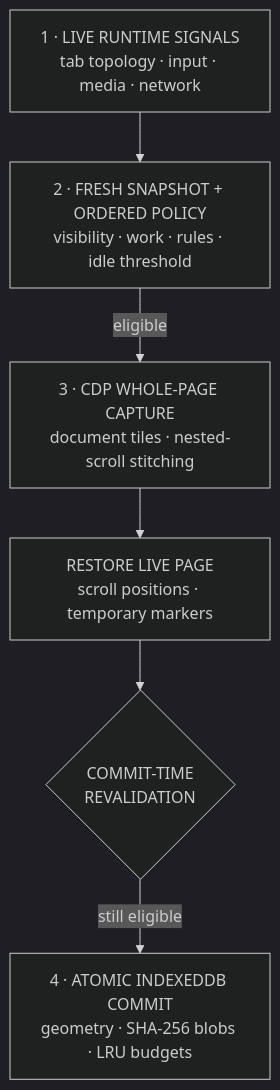
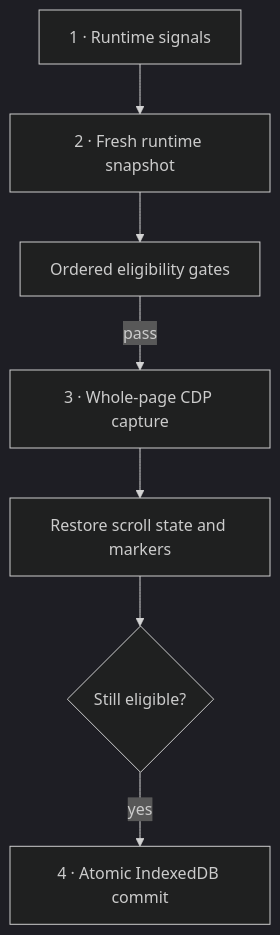
One commit to ElijahUmana/tab-sleep changed the first of 3 diagrams in README.md. Above: the diagram before and after it, drawn with Mermaid (dark theme). The commit also changed other lines of this file, not shown here.

First line of the commit message:
docs: eliminate Mermaid label clipping

````diff
--- a/README.md
+++ b/README.md
@@ -13,15 +13,17 @@
 ```mermaid
 flowchart TB
-  Signals["1 · LIVE RUNTIME SIGNALS<br/>tab topology · input · media · network"]
-  Decision["2 · FRESH SNAPSHOT + ORDERED POLICY<br/>visibility · work · rules · idle threshold"]
-  Capture["3 · CDP WHOLE-PAGE CAPTURE<br/>document tiles · nested-scroll stitching"]
-  Restore["RESTORE LIVE PAGE<br/>scroll positions · temporary markers"]
-  Gate{"COMMIT-TIME<br/>REVALIDATION"}
-  Commit["4 · ATOMIC INDEXEDDB COMMIT<br/>geometry · SHA-256 blobs · LRU budgets"]
+  Signals["1 · Runtime signals"]
+  Snapshot["2 · Fresh runtime snapshot"]
+  Policy["Ordered eligibility gates"]
+  Capture["3 · Whole-page CDP capture"]
+  Restore["Restore scroll state and markers"]
+  Gate{"Still eligible?"}
+  Commit["4 · Atomic IndexedDB commit"]
 
-  Signals --> Decision
-  Decision -->|eligible| Capture
+  Signals --> Snapshot
+  Snapshot --> Policy
+  Policy -->|pass| Capture
   Capture --> Restore
   Restore --> Gate
-  Gate -->|still eligible| Commit
+  Gate -->|yes| Commit
 ```
````
